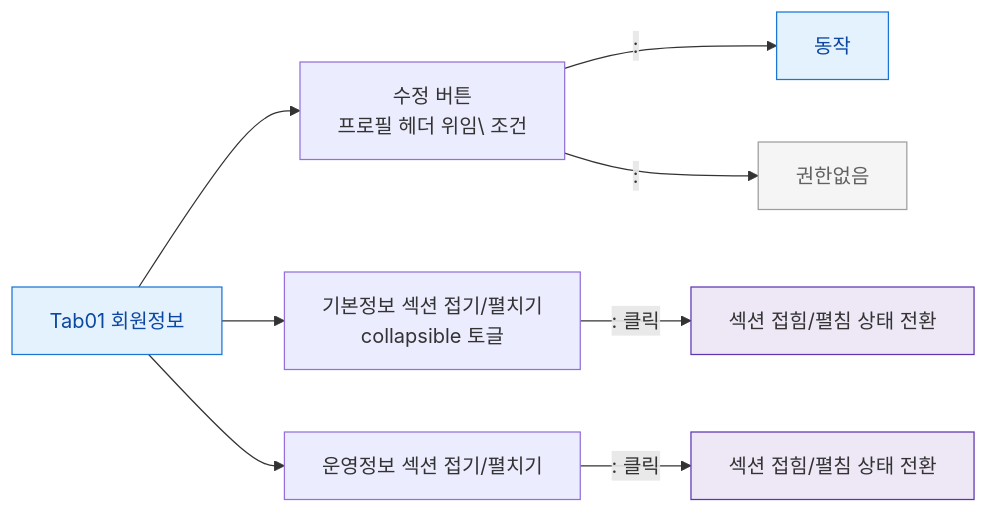
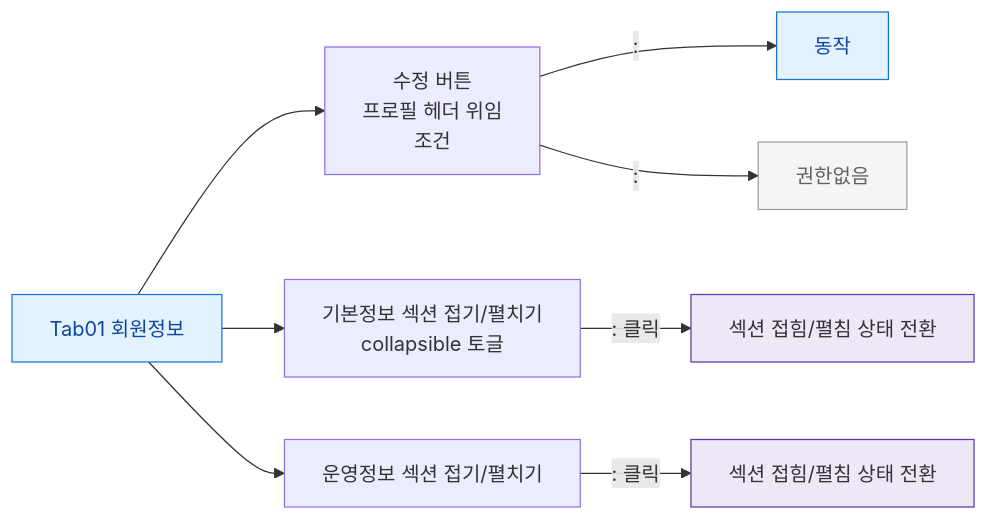
One commit to dev-spogym/admin-pando changed the diagram in docs/admin/다이어그램/D02_회원관리/SCR-M004_회원상세/Tab01_회원정보/F3_버튼액션.md. Above: the diagram before and after it, drawn with Mermaid. The commit also changed 369 other files, not shown here.

````diff
--- a/docs/admin/다이어그램/D02_회원관리/SCR-M004_회원상세/Tab01_회원정보/F3_버튼액션.md
+++ b/docs/admin/다이어그램/D02_회원관리/SCR-M004_회원상세/Tab01_회원정보/F3_버튼액션.md
@@ -20,19 +20,19 @@
 ```mermaid
 flowchart LR
-  TAB[Tab01 회원정보] --> B_EDIT[수정 버튼\n프로필 헤더 위임\ 조건]
+  TAB[Tab01 회원정보] --> B_EDIT[수정 버튼\n프로필 헤더 위임<br/> 조건]
   B_EDIT -->|": "|EDIT_PAGE[동작]
   B_EDIT -->|": "|BLOCKED[권한없음]
 
   TAB --> SEC_COLLAPSE[기본정보 섹션 접기/펼치기\ncollapsible 토글]
   SEC_COLLAPSE -->|": 클릭"|TOGGLE[섹션 접힘/펼침 상태 전환]
 
   TAB --> SEC_OPS_COLLAPSE[운영정보 섹션 접기/펼치기]
   SEC_OPS_COLLAPSE -->|": 클릭"|TOGGLE2[섹션 접힘/펼침 상태 전환]
 
   classDef screen fill:#E3F2FD,stroke:#1976D2,color:#0D47A1
   classDef rbacBlocked fill:#F5F5F5,stroke:#9E9E9E,color:#616161
   classDef system fill:#EDE7F6,stroke:#5E35B2
   class TAB,EDIT_PAGE screen
   class BLOCKED rbacBlocked
   class TOGGLE,TOGGLE2 system
 ```
````
